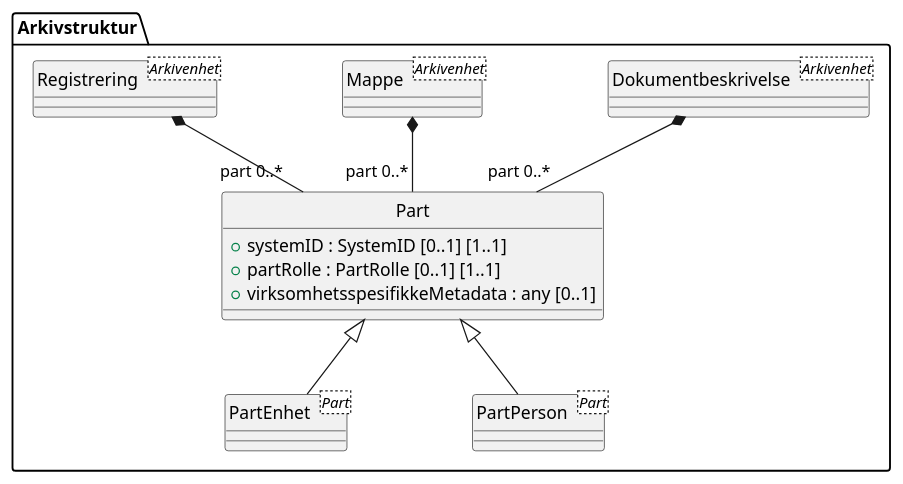
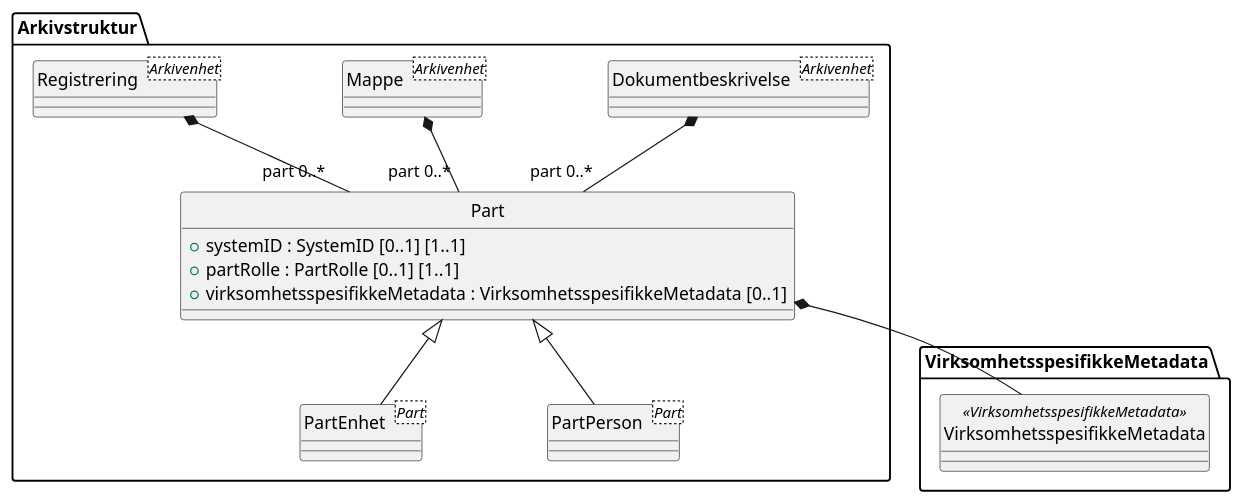
Before and after one commit to arkivverket/noark5-tjenestegrensesnitt-standard: the diagram in kapitler/media/uml-class-part.puml, drawn with PlantUML. The commit also changed 98 other files, not shown here.

Commit message:
Updated all UML diagrams based on chapter 7.

```diff
--- a/kapitler/media/uml-class-part.puml
+++ b/kapitler/media/uml-class-part.puml
@@ -1,24 +1,27 @@
 @startuml
 skinparam nodesep 100
 hide circle
 class Arkivstruktur.Part {
   +systemID : SystemID [0..1] [1..1]
   +partRolle : PartRolle [0..1] [1..1]
-  +virksomhetsspesifikkeMetadata : any [0..1]
+  +virksomhetsspesifikkeMetadata : VirksomhetsspesifikkeMetadata [0..1]
 }
 class Arkivstruktur.Dokumentbeskrivelse <Arkivenhet> {
 }
 Arkivstruktur.Dokumentbeskrivelse *-- "part 0..*" Arkivstruktur.Part
 class Arkivstruktur.Mappe <Arkivenhet> {
 }
 Arkivstruktur.Mappe *-- "part 0..*" Arkivstruktur.Part
+class VirksomhetsspesifikkeMetadata.VirksomhetsspesifikkeMetadata <<VirksomhetsspesifikkeMetadata>> {
+}
+Arkivstruktur.Part *-- VirksomhetsspesifikkeMetadata.VirksomhetsspesifikkeMetadata
 class Arkivstruktur.PartEnhet <Part> {
 }
 Arkivstruktur.Part <|-- Arkivstruktur.PartEnhet
 class Arkivstruktur.PartPerson <Part> {
 }
 Arkivstruktur.Part <|-- Arkivstruktur.PartPerson
 class Arkivstruktur.Registrering <Arkivenhet> {
 }
 Arkivstruktur.Registrering *-- "part 0..*" Arkivstruktur.Part
 @enduml
```
